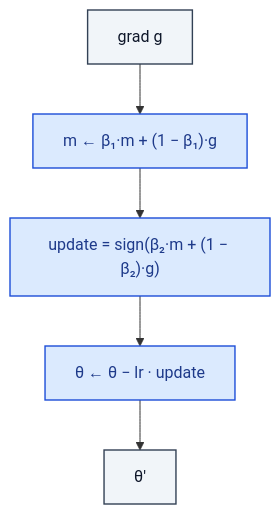
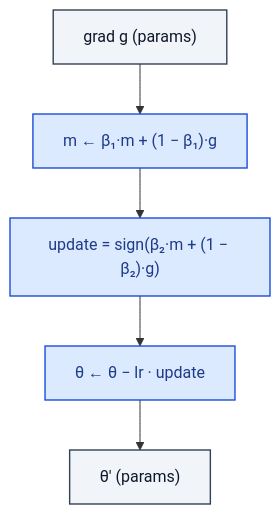
One commit to RealityShifts/Srivastava-book-of-Blocks-diagrams changed the diagram in optimization/Lion.md. Above: the diagram before and after it, drawn with Mermaid. The commit also changed 123 other files, not shown here.

````diff
--- a/optimization/Lion.md
+++ b/optimization/Lion.md
@@ -7,21 +7,22 @@
 ```mermaid
 flowchart TD
-    n0_0["grad g"]:::io
+    n0_0["grad g  (params)"]:::io
     n1_0["m ← β₁·m + (1 − β₁)·g"]:::op
     n2_0["update = sign(β₂·m + (1 − β₂)·g)"]:::op
     n3_0["θ ← θ − lr · update"]:::op
-    n4_0["θ'"]:::io
+    n4_0["θ'  (params)"]:::io
     n0_0 --> n1_0
     n1_0 --> n2_0
     n2_0 --> n3_0
     n3_0 --> n4_0
     classDef io fill:#f1f5f9,stroke:#334155,stroke-width:1.4px,color:#0f172a
     classDef op fill:#dbeafe,stroke:#1d4ed8,stroke-width:1.4px,color:#1e3a8a
     classDef norm fill:#dcfce7,stroke:#15803d,stroke-width:1.4px,color:#14532d
     classDef act fill:#ffedd5,stroke:#c2410c,stroke-width:1.4px,color:#7c2d12
     classDef attn fill:#ede9fe,stroke:#6d28d9,stroke-width:1.4px,color:#4c1d95
     classDef merge fill:#fef3c7,stroke:#b45309,stroke-width:1.4px,color:#78350f
     classDef emb fill:#fef9c3,stroke:#a16207,stroke-width:1.4px,color:#713f12
     classDef loss fill:#fee2e2,stroke:#b91c1c,stroke-width:1.4px,color:#7f1d1d
     classDef ctrl fill:#f5f5f4,stroke:#52525b,stroke-width:1.4px,color:#27272a
+    classDef ref fill:#e0f2fe,stroke:#0369a1,stroke-width:2px,color:#0c4a6e,stroke-dasharray: 4 2
 ```
````
